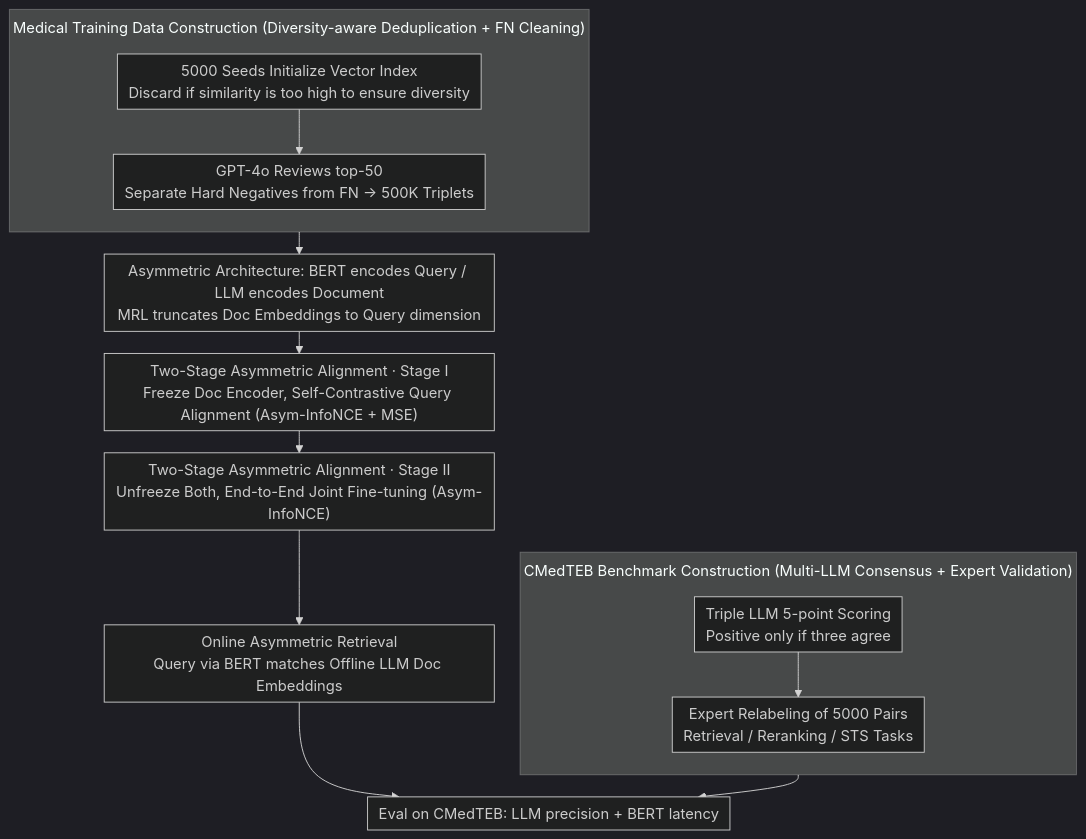
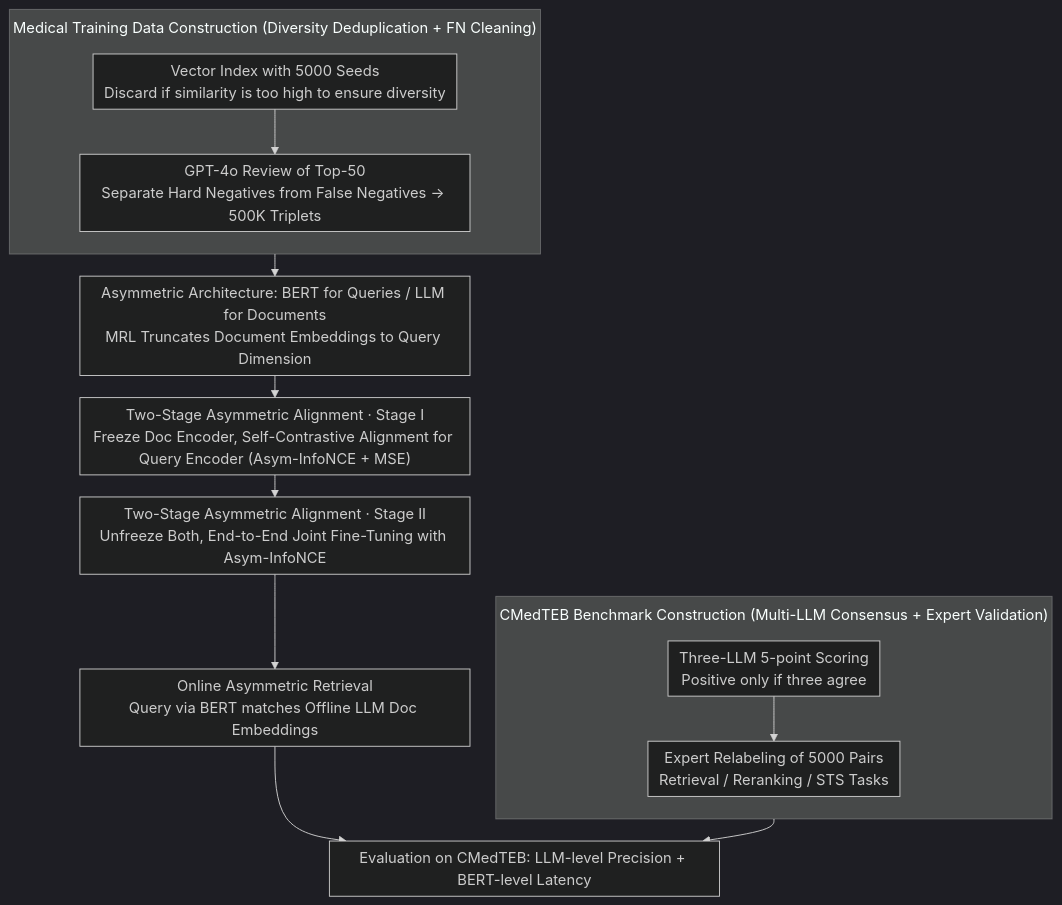
Before and after one commit to zhaoyang97/Paper-Notes-en: the diagram in docs/ACL2026/information_retrieval/benchmarking_and_enabling_efficient_chinese_medical_retrieval_via_asymmetric_enc.md, drawn with Mermaid (dark theme). The commit also changed other lines of this file and 5084 other files, not shown here.

````diff
--- a/docs/ACL2026/information_retrieval/benchmarking_and_enabling_efficient_chinese_medical_retrieval_via_asymmetric_enc.md
+++ b/docs/ACL2026/information_retrieval/benchmarking_and_enabling_efficient_chinese_medical_retrieval_via_asymmetric_enc.md
@@ -43,18 +43,18 @@
 ```mermaid
 %%{init: {'flowchart': {'rankSpacing': 24, 'nodeSpacing': 28, 'padding': 6, 'wrappingWidth': 400, 'subGraphTitleMargin': {'top': 8, 'bottom': 16}}}}%%
 flowchart TD
     subgraph BENCH["CMedTEB Benchmark Construction (Multi-LLM Consensus + Expert Validation)"]
         direction TB
-        B1["Triple LLM 5-point Scoring<br/>Positive only if three agree"] --> B2["Expert Relabeling of 5000 Pairs<br/>Retrieval / Reranking / STS Tasks"]
+        B1["Three-LLM 5-point Scoring<br/>Positive only if three agree"] --> B2["Expert Relabeling of 5000 Pairs<br/>Retrieval / Reranking / STS Tasks"]
     end
-    subgraph DATA["Medical Training Data Construction (Diversity-aware Deduplication + FN Cleaning)"]
+    subgraph DATA["Medical Training Data Construction (Diversity Deduplication + FN Cleaning)"]
         direction TB
-        D1["5000 Seeds Initialize Vector Index<br/>Discard if similarity is too high to ensure diversity"] --> D2["GPT-4o Reviews top-50<br/>Separate Hard Negatives from FN → 500K Triplets"]
+        D1["Vector Index with 5000 Seeds<br/>Discard if similarity is too high to ensure diversity"] --> D2["GPT-4o Review of Top-50<br/>Separate Hard Negatives from False Negatives → 500K Triplets"]
     end
-    DATA --> ARCH["Asymmetric Architecture: BERT encodes Query / LLM encodes Document<br/>MRL truncates Doc Embeddings to Query dimension"]
-    ARCH --> S1["Two-Stage Asymmetric Alignment · Stage I<br/>Freeze Doc Encoder, Self-Contrastive Query Alignment (Asym-InfoNCE + MSE)"]
-    S1 --> S2["Two-Stage Asymmetric Alignment · Stage II<br/>Unfreeze Both, End-to-End Joint Fine-tuning (Asym-InfoNCE)"]
+    DATA --> ARCH["Asymmetric Architecture: BERT for Queries / LLM for Documents<br/>MRL Truncates Document Embeddings to Query Dimension"]
+    ARCH --> S1["Two-Stage Asymmetric Alignment · Stage I<br/>Freeze Doc Encoder, Self-Contrastive Alignment for Query Encoder (Asym-InfoNCE + MSE)"]
+    S1 --> S2["Two-Stage Asymmetric Alignment · Stage II<br/>Unfreeze Both, End-to-End Joint Fine-Tuning with Asym-InfoNCE"]
     S2 --> ONLINE["Online Asymmetric Retrieval<br/>Query via BERT matches Offline LLM Doc Embeddings"]
-    BENCH --> EVAL["Eval on CMedTEB: LLM precision + BERT latency"]
+    BENCH --> EVAL["Evaluation on CMedTEB: LLM-level Precision + BERT-level Latency"]
     ONLINE --> EVAL
 ```
````
